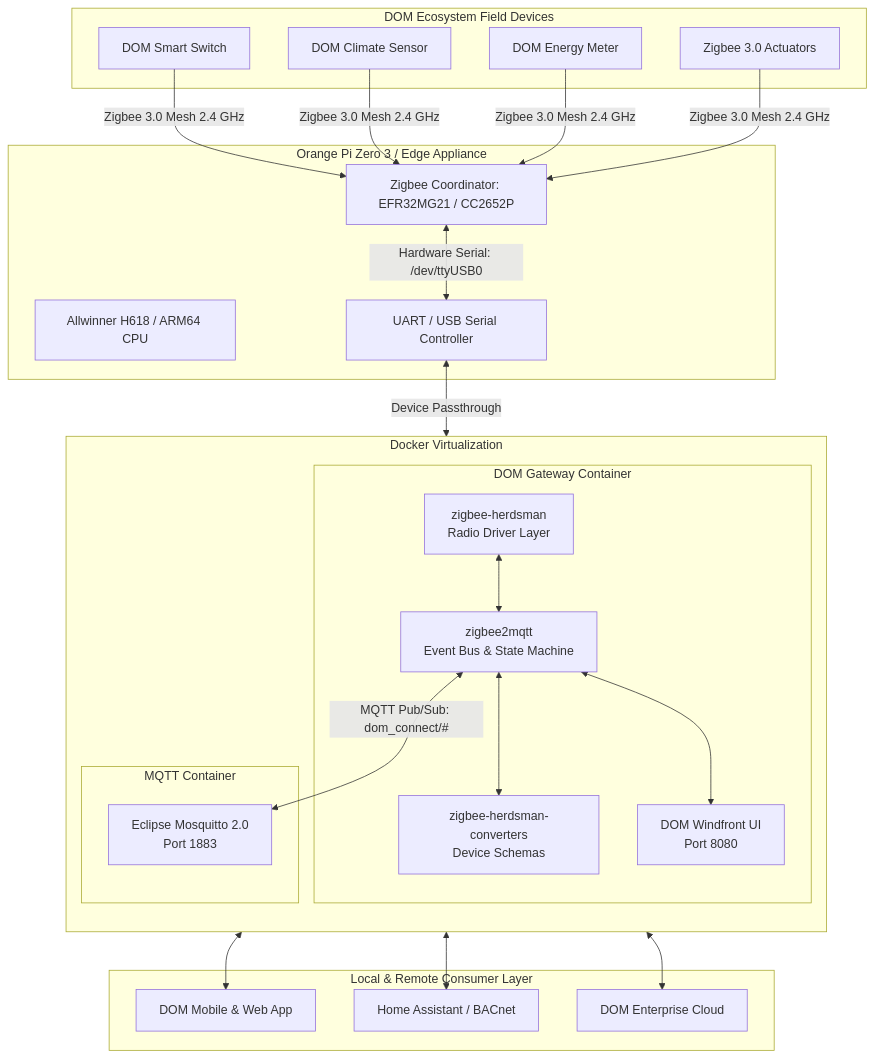
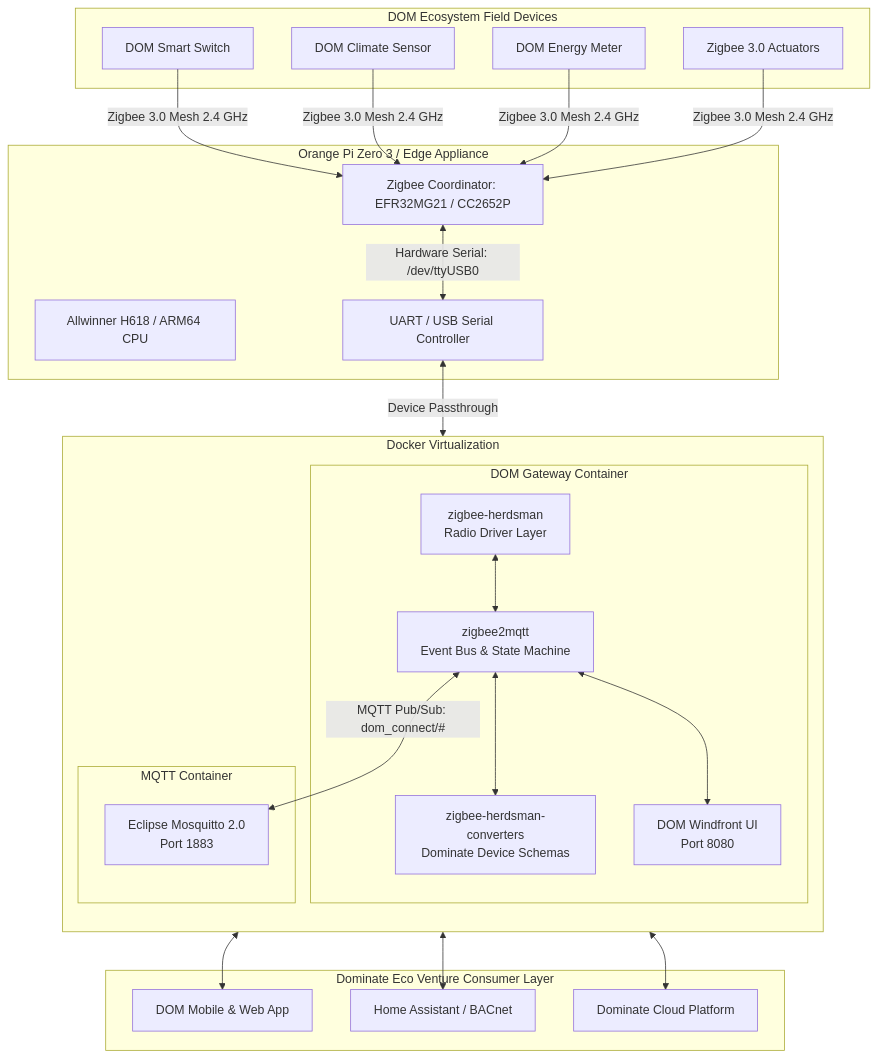
One commit to Athul2004/DOM-CONNECT changed the first of 2 diagrams in README.md. Above: the diagram before and after it, drawn with Mermaid. The commit also changed other lines of this file and 1 other file, not shown here.

Commit message:
docs: update company branding to Dominate Eco Venture PVT LTD and embed dolphin logo

````diff
--- a/README.md
+++ b/README.md
@@ -91,43 +100,43 @@
 ```mermaid
 graph TD
     subgraph Edge Devices [DOM Ecosystem Field Devices]
         Z1[DOM Smart Switch]
         Z2[DOM Climate Sensor]
         Z3[DOM Energy Meter]
         Z4[Zigbee 3.0 Actuators]
     end
 
     subgraph Hardware [Orange Pi Zero 3 / Edge Appliance]
         SOC[Allwinner H618 / ARM64 CPU]
         UART[UART / USB Serial Controller]
         COORD[Zigbee Coordinator: EFR32MG21 / CC2652P]
     end
 
     subgraph Docker Container Stack [Docker Virtualization]
         direction TB
         subgraph DOM Gateway Container
             HAL[zigbee-herdsman<br/>Radio Driver Layer]
-            CONV[zigbee-herdsman-converters<br/>Device Schemas]
+            CONV[zigbee-herdsman-converters<br/>Dominate Device Schemas]
             CORE[zigbee2mqtt<br/>Event Bus & State Machine]
             UI[DOM Windfront UI<br/>Port 8080]
         end
         subgraph MQTT Container
             BROKER[Eclipse Mosquitto 2.0<br/>Port 1883]
         end
     end
 
-    subgraph Consumers [Local & Remote Consumer Layer]
+    subgraph Consumers [Dominate Eco Venture Consumer Layer]
         APP[DOM Mobile & Web App]
         HA[Home Assistant / BACnet]
-        CLOUD[DOM Enterprise Cloud]
+        CLOUD[Dominate Cloud Platform]
     end
 
     Z1 & Z2 & Z3 & Z4 -->|Zigbee 3.0 Mesh 2.4 GHz| COORD
     COORD <-->|Hardware Serial: /dev/ttyUSB0| UART
     UART <-->|Device Passthrough| HAL
     HAL <--> CORE
     CORE <--> CONV
     CORE <--> UI
     CORE <-->|MQTT Pub/Sub: dom_connect/#| BROKER
     BROKER <--> APP & HA & CLOUD
 ```
````
